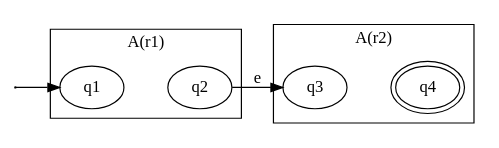
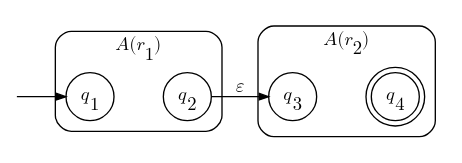
The diagram in Lecture-Notes/Abbildungen/aConcat.dot (karlstroetmann/Formal-Languages), drawn with Graphviz before and after one commit. The commit also changed other lines of this file and 37 other files, not shown here.

```diff
--- a/Lecture-Notes/Abbildungen/aConcat.dot
+++ b/Lecture-Notes/Abbildungen/aConcat.dot
@@ -1,18 +1,29 @@
-digraph G {    
+digraph G {
+    // The labels use the font Latin Modern Math (from TeX Live), so they look
+    // like $q_0$, $A(r)$ and $\varepsilon$ in the lecture notes.
     rankdir=LR;
-    size = "5,7";
+    fontname="Latin Modern Math";
+    fontsize=14;
+    node [shape=circle, fixedsize=true, width=0.5,
+          fontname="Latin Modern Math", fontsize=14];
+    edge [fontname="Latin Modern Math", fontsize=14, arrowsize=0.7];
+    1 [shape=none, label="", width=0, height=0];
     1 -> q1;
-    1 [label="",width=0.00001,height=0.00001];
-    q2 -> q3 [fontname=Symbol,label="e"];
+    q1 [label=<𝑞<SUB>1</SUB>>];
+    q2 [label=<𝑞<SUB>2</SUB>>];
+    q3 [label=<𝑞<SUB>3</SUB>>];
+    q4 [label=<𝑞<SUB>4</SUB>>, shape=doublecircle];
+    q2 -> q3 [label="𝜀"];
 
-  subgraph cluster0 {
-    label="A(r1)"
-    q1 -> q2 [style="invis"];
-  }
+    subgraph cluster0 {
+        label=<𝐴(𝑟<SUB>1</SUB>)>;
+        style=rounded;
+        q1 -> q2 [style=invis];
+    }
 
-  subgraph cluster1 {
-    label="A(r2)"
-    q3 -> q4 [style="invis"];
-  }
-    q4  [peripheries=2];
+    subgraph cluster1 {
+        label=<𝐴(𝑟<SUB>2</SUB>)>;
+        style=rounded;
+        q3 -> q4 [style=invis];
+    }
 }
```
